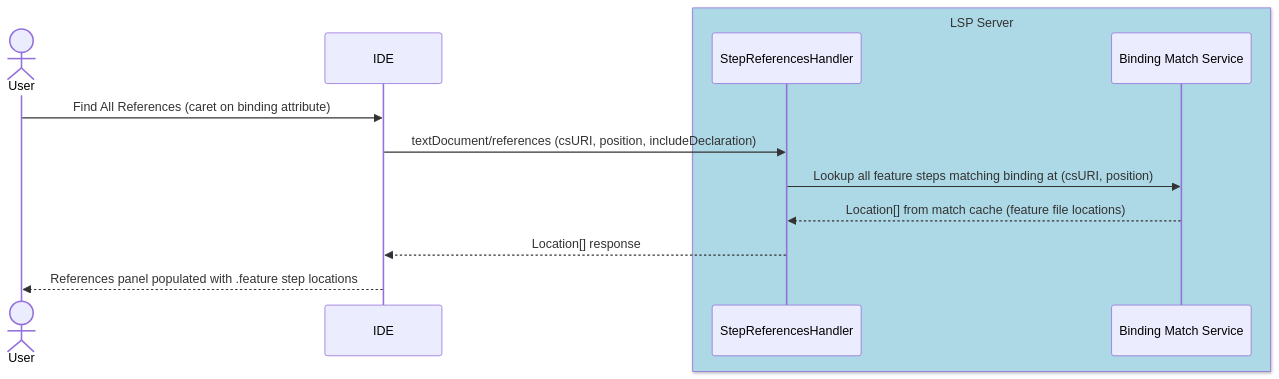
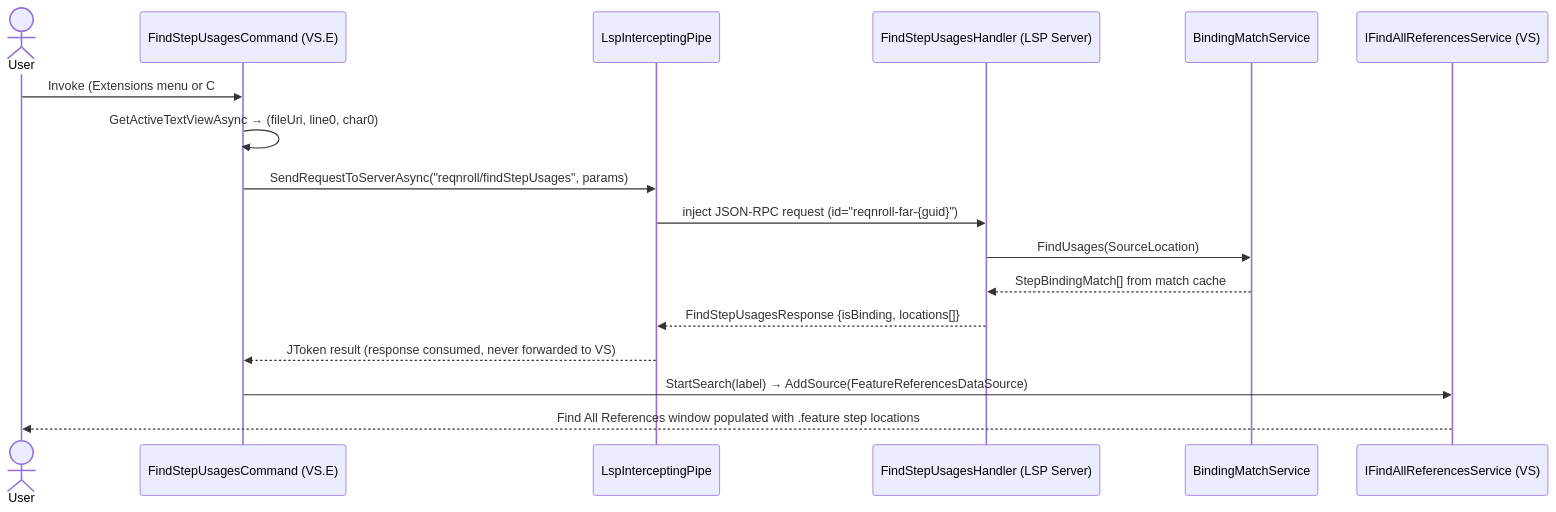
Before and after one commit to clrudolphi/Reqnroll.Plugin.VisualStudio_Prototypes: diagram 14 of 18 in docs/LSP-IDE-Support-Feature-Designs.md, drawn with Mermaid. The commit also changed other lines of this file and 35 other files, not shown here.

Commit message:
Support for 'Find All Step Binding Usages' command within the VS Extension.

````diff
--- a/docs/LSP-IDE-Support-Feature-Designs.md
+++ b/docs/LSP-IDE-Support-Feature-Designs.md
@@ -926,17 +927,20 @@
 ```mermaid
 sequenceDiagram
     actor User
-    participant IDE
+    participant Cmd as FindStepUsagesCommand (VS.E)
+    participant Pipe as LspInterceptingPipe
+    participant FSH as FindStepUsagesHandler (LSP Server)
+    participant BM as BindingMatchService
+    participant FAR as IFindAllReferencesService (VS)
 
-    box LightBlue LSP Server
-        participant SRH as StepReferencesHandler
-        participant BM as Binding Match Service
-    end
-
-    User->>IDE: Find All References (caret on binding attribute)
-    IDE->>SRH: textDocument/references (csURI, position, includeDeclaration)
-    SRH->>BM: Lookup all feature steps matching binding at (csURI, position)
-    BM-->>SRH: Location[] from match cache (feature file locations)
-    SRH-->>IDE: Location[] response
-    IDE-->>User: References panel populated with .feature step locations
+    User->>Cmd: Invoke (Extensions menu or C# editor context menu)
+    Cmd->>Cmd: GetActiveTextViewAsync → (fileUri, line0, char0)
+    Cmd->>Pipe: SendRequestToServerAsync("reqnroll/findStepUsages", params)
+    Pipe->>FSH: inject JSON-RPC request (id="reqnroll-far-{guid}")
+    FSH->>BM: FindUsages(SourceLocation)
+    BM-->>FSH: StepBindingMatch[] from match cache
+    FSH-->>Pipe: FindStepUsagesResponse {isBinding, locations[]}
+    Pipe-->>Cmd: JToken result (response consumed, never forwarded to VS)
+    Cmd->>FAR: StartSearch(label) → AddSource(FeatureReferencesDataSource)
+    FAR-->>User: Find All References window populated with .feature step locations
 ```
````
